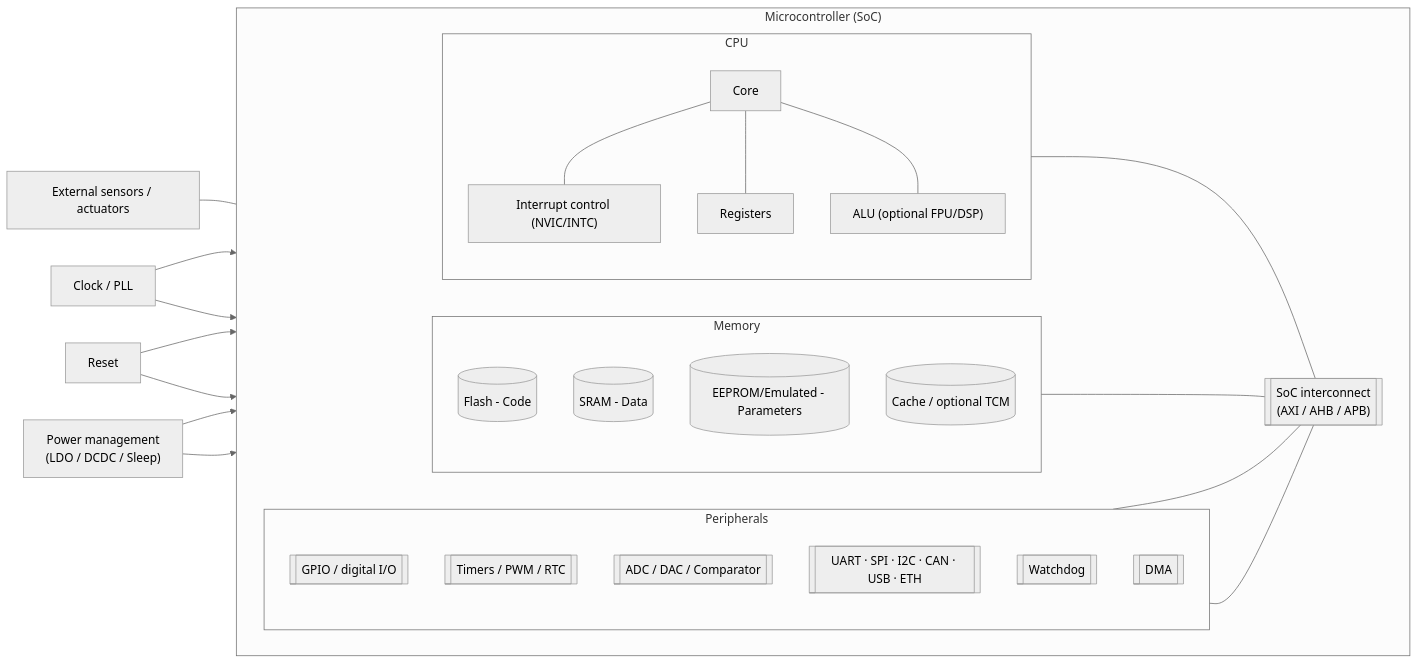
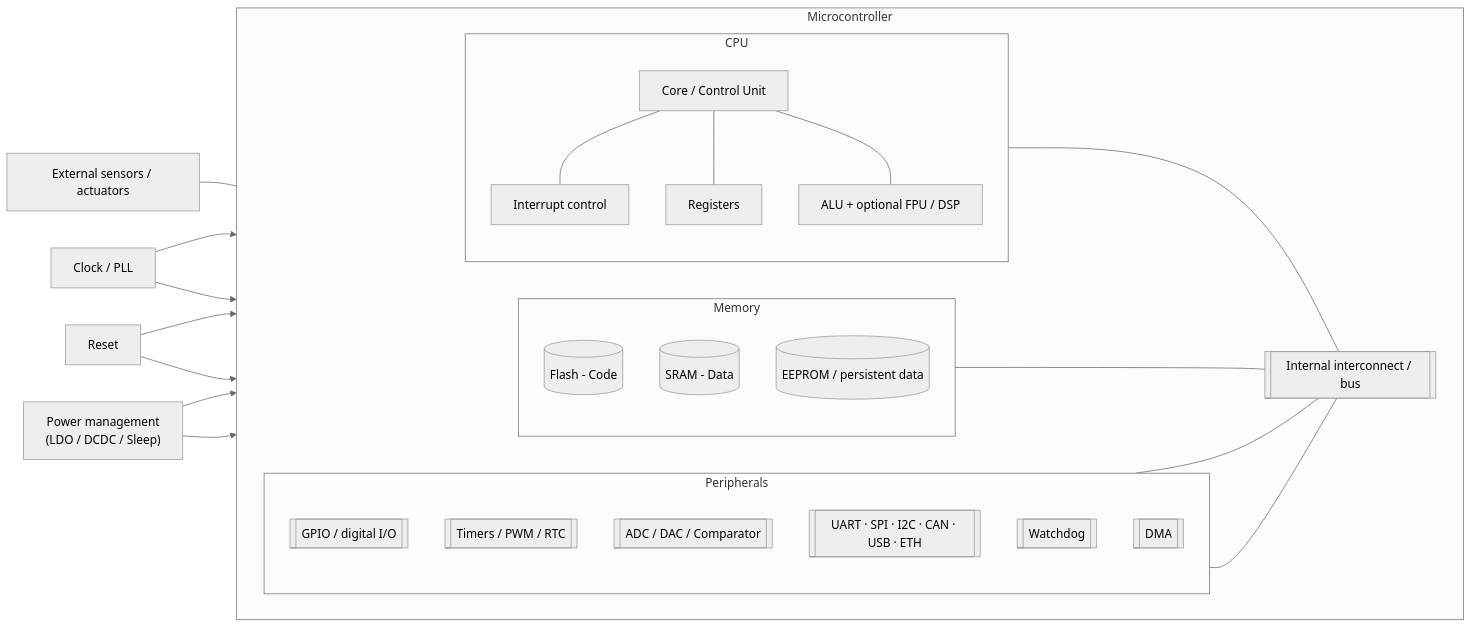
One commit to Gulden8ag/embedded1 changed the first of 2 diagrams in docs/Bloque0-Introduccion/Tema_A.md. Above: the diagram before and after it, drawn with Mermaid (neutral theme). The commit also changed other lines of this file and 5 other files, not shown here.

````diff
--- a/docs/Bloque0-Introduccion/Tema_A.md
+++ b/docs/Bloque0-Introduccion/Tema_A.md
@@ -67,65 +67,57 @@
 ```mermaid
 flowchart LR
-  %% ---------- External signals ----------
-  CLK["Clock / PLL"]
-  RST["Reset"]
-  PWR["Power management<br/>(LDO / DCDC / Sleep)"]
-  EXT_IO["External sensors / actuators"]
+    %% ---------- External signals ----------
+    CLK["Clock / PLL"]
+    RST["Reset"]
+    PWR["Power management<br/>(LDO / DCDC / Sleep)"]
+    EXT_IO["External sensors / actuators"]
 
-  %% ---------- MCU boundary ----------
-  subgraph MCU["Microcontroller (SoC)"]
-    direction LR
+    %% ---------- MCU boundary ----------
+    subgraph MCU["Microcontroller"]
+        direction LR
 
-    %% Central interconnect
-    BUS[["SoC interconnect<br/>(AXI / AHB / APB)"]]
+        BUS[["Internal interconnect / bus"]]
 
-    %% CPU subsystem (keep it simple at high level)
-    subgraph CPU["CPU"]
-      direction TB
-      CORE["Core"]
-      INTCTRL["Interrupt control (NVIC/INTC)"]
-      REGFILE["Registers"]
-      ALU["ALU (optional FPU/DSP)"]
-      CORE --- INTCTRL
-      CORE --- REGFILE
-      CORE --- ALU
+        subgraph CPU["CPU"]
+            direction TB
+            CORE["Core / Control Unit"]
+            INTCTRL["Interrupt control"]
+            REGFILE["Registers"]
+            ALU["ALU + optional FPU / DSP"]
+            CORE --- INTCTRL
+            CORE --- REGFILE
+            CORE --- ALU
+        end
+
+        subgraph MEM["Memory"]
+            direction TB
+            FLASH[(Flash - Code)]
+            SRAM[(SRAM - Data)]
+            EEPROM[(EEPROM / persistent data)]
+        end
+
+        subgraph PER["Peripherals"]
+            direction TB
+            GPIO[[GPIO / digital I/O]]
+            TIM[[Timers / PWM / RTC]]
+            ANA[[ADC / DAC / Comparator]]
+            COM[[UART · SPI · I2C · CAN · USB · ETH]]
+            WDT[[Watchdog]]
+            DMA[[DMA]]
+        end
     end
 
-    %% Memory
-    subgraph MEM["Memory"]
-      direction TB
-      FLASH[(Flash - Code)]
-      SRAM[(SRAM - Data)]
-      EEPROM[(EEPROM/Emulated - Parameters)]
-      TCM[(Cache / optional TCM)]
-    end
+    CPU --- BUS
+    MEM --- BUS
+    PER --- BUS
+    DMA --- BUS
 
-    %% Peripherals (grouped)
-    subgraph PER["Peripherals"]
-      direction TB
-      GPIO[[GPIO / digital I/O]]
-      TIM[[Timers / PWM / RTC]]
-      ANA[[ADC / DAC / Comparator]]
-      COM[[UART · SPI · I2C · CAN · USB · ETH]]
-      WDT[[Watchdog]]
-      DMA[[DMA]]
-    end
-  end
+    EXT_IO --- GPIO
 
-  %% ---------- Clean wiring via hub ----------
-  CPU --- BUS
-  MEM --- BUS
-  PER --- BUS
-  DMA --- BUS
-
-  %% External world
-  EXT_IO --- GPIO
-
-  %% Service signals (limit fan-out to reduce clutter)
-  CLK --> CPU
-  CLK --> PER
-  RST --> CPU
-  RST --> PER
-  PWR --> CPU
-  PWR --> MEM
+    CLK --> CPU
+    CLK --> PER
+    RST --> CPU
+    RST --> PER
+    PWR --> CPU
+    PWR --> MEM
 ```
````
